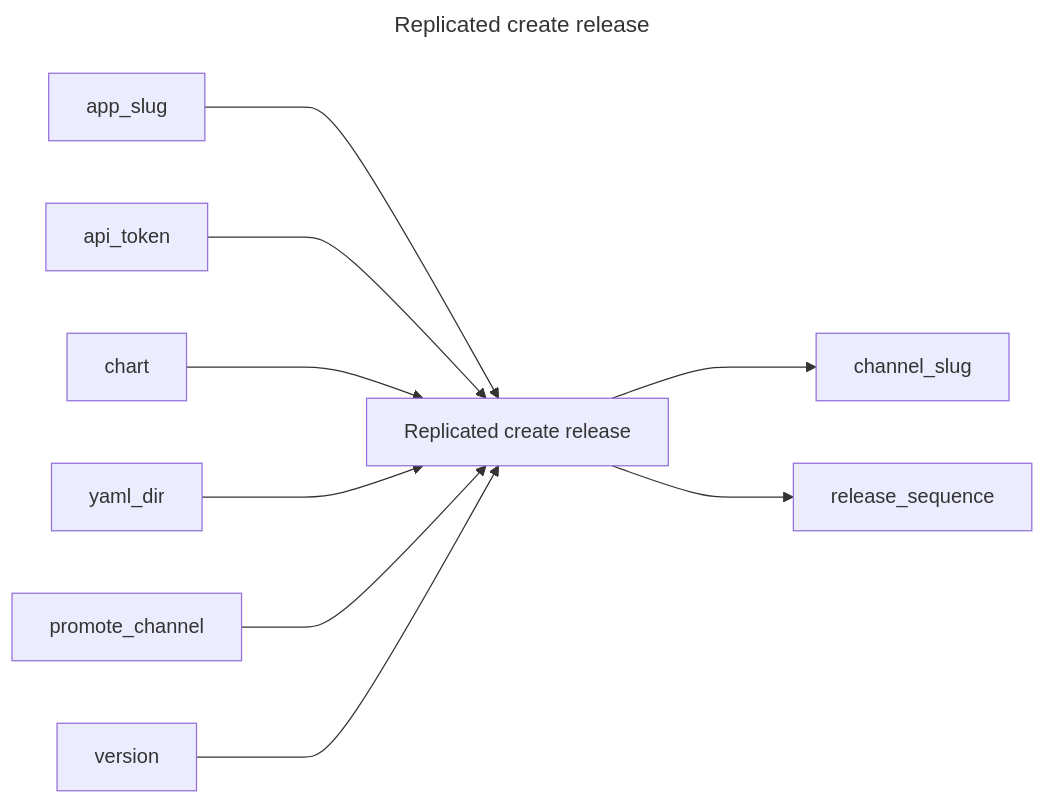
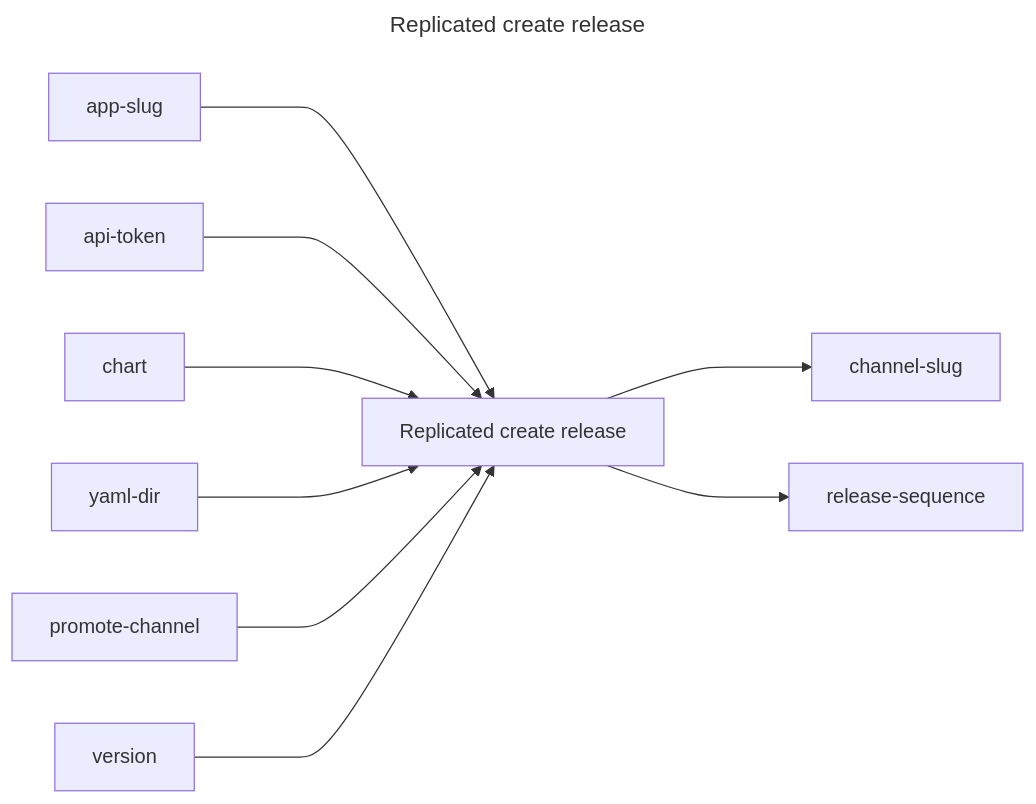
One commit to replicatedhq/replicated-actions changed the diagram in create-release/README.md. Above: the diagram before and after it, drawn with Mermaid. The commit also changed 12 other files, not shown here.

````diff
--- a/create-release/README.md
+++ b/create-release/README.md
@@ -3,15 +3,23 @@
 ```mermaid
 ---
 title: Replicated create release
 ---
 graph LR
 replicated_create_release["Replicated create release"]
+app_slug["app-slug"]
+api_token["api-token"]
+chart["chart"]
+yaml_dir["yaml-dir"]
+promote_channel["promote-channel"]
+version["version"]
+channel_slug["channel-slug"]
+release_sequence["release-sequence"]
 app_slug ---> replicated_create_release
 api_token ---> replicated_create_release
 chart ---> replicated_create_release
 yaml_dir ---> replicated_create_release
 promote_channel ---> replicated_create_release
 version ---> replicated_create_release
 replicated_create_release ---> channel_slug
 replicated_create_release ---> release_sequence
 ```
````
